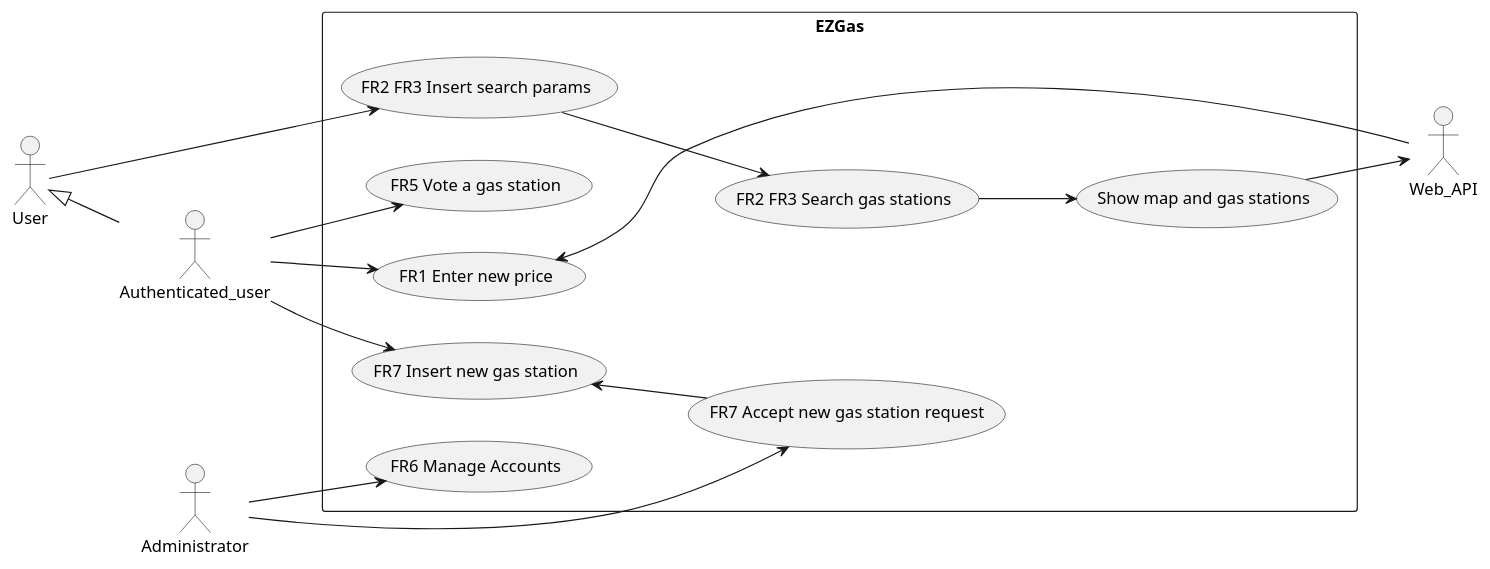
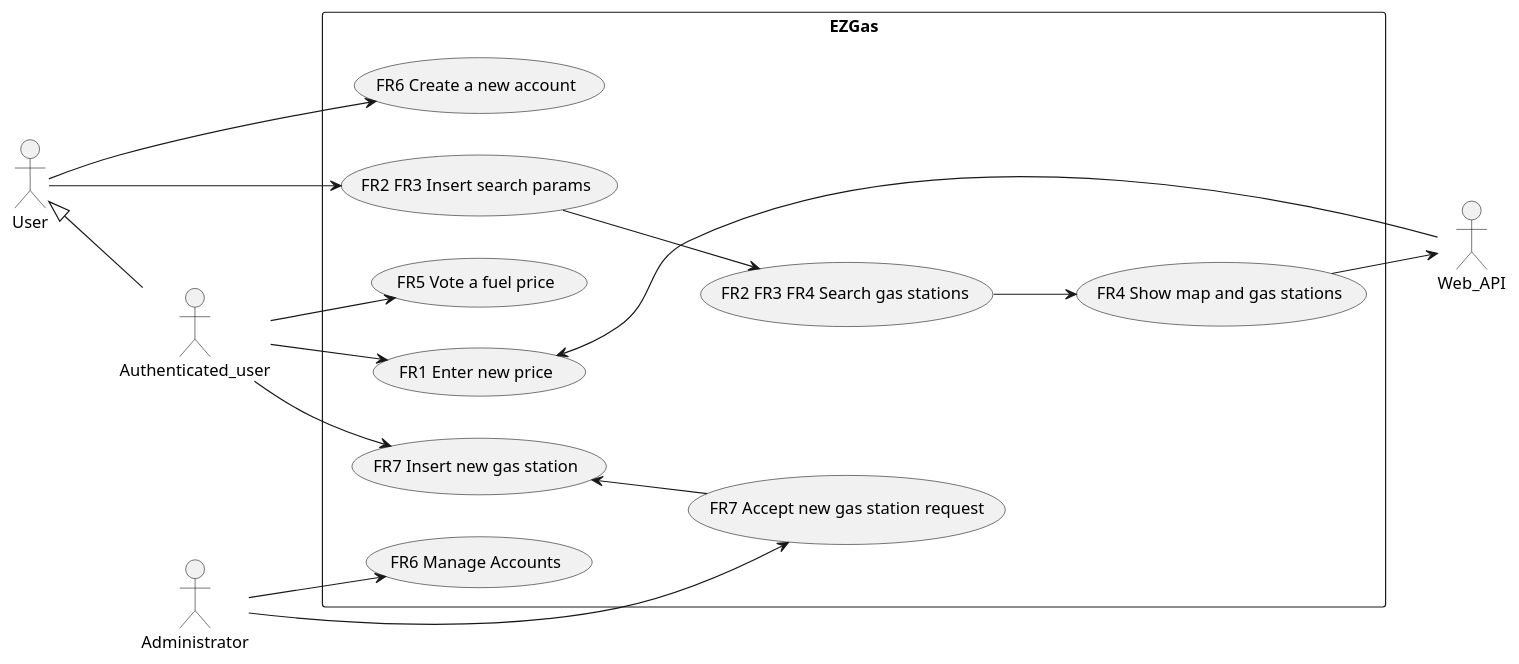
Before and after one commit to SE2-group4/SE1-project: the second of 3 diagrams in docs/RequirementsDocument.md, drawn with PlantUML. The commit also changed other lines of this file, not shown here.

Commit message:
fix: consistency checks
fuctional requirements update
use case diagram updates
use cases  updates

````diff
--- a/docs/RequirementsDocument.md
+++ b/docs/RequirementsDocument.md
@@ -117,32 +117,32 @@
 ```plantuml
 @startuml
 
 left to right direction
 
 Actor User as U
 Actor Authenticated_user as AU
 Actor Administrator as A
 Actor Web_API as WA
 
 U <|-- AU
 rectangle EZGas{
-  U --> (FR2 FR3 Insert search params)
+  U -> (FR6 Create a new account)
+  U -> (FR2 FR3 Insert search params)
 
-  AU --> (FR5 Vote a gas station)
+  AU --> (FR5 Vote a fuel price)
   AU --> (FR7 Insert new gas station)
   A --> (FR6 Manage Accounts)
   A --> (FR7 Accept new gas station request)
   AU --> (FR1 Enter new price)
   'A <-- (FR7 send report)
 
   'WA --> (FR7 send report)*
-  (Show map and gas stations) --> WA
+  (FR4 Show map and gas stations) --> WA
   (FR7 Insert new gas station) <-- (FR7 Accept new gas station request)
-  (FR2 FR3 Insert search params) --> (FR2 FR3 Search gas stations)
-  (FR2 FR3 Search gas stations) --> (Show map and gas stations)
-  WA -> (FR1 Enter new price)
-  
+  (FR2 FR3 Insert search params) --> (FR2 FR3 FR4 Search gas stations)
+  (FR2 FR3 FR4 Search gas stations) --> (FR4 Show map and gas stations)
+  WA --> (FR1 Enter new price)
 }
 
 @enduml
 ```
````
